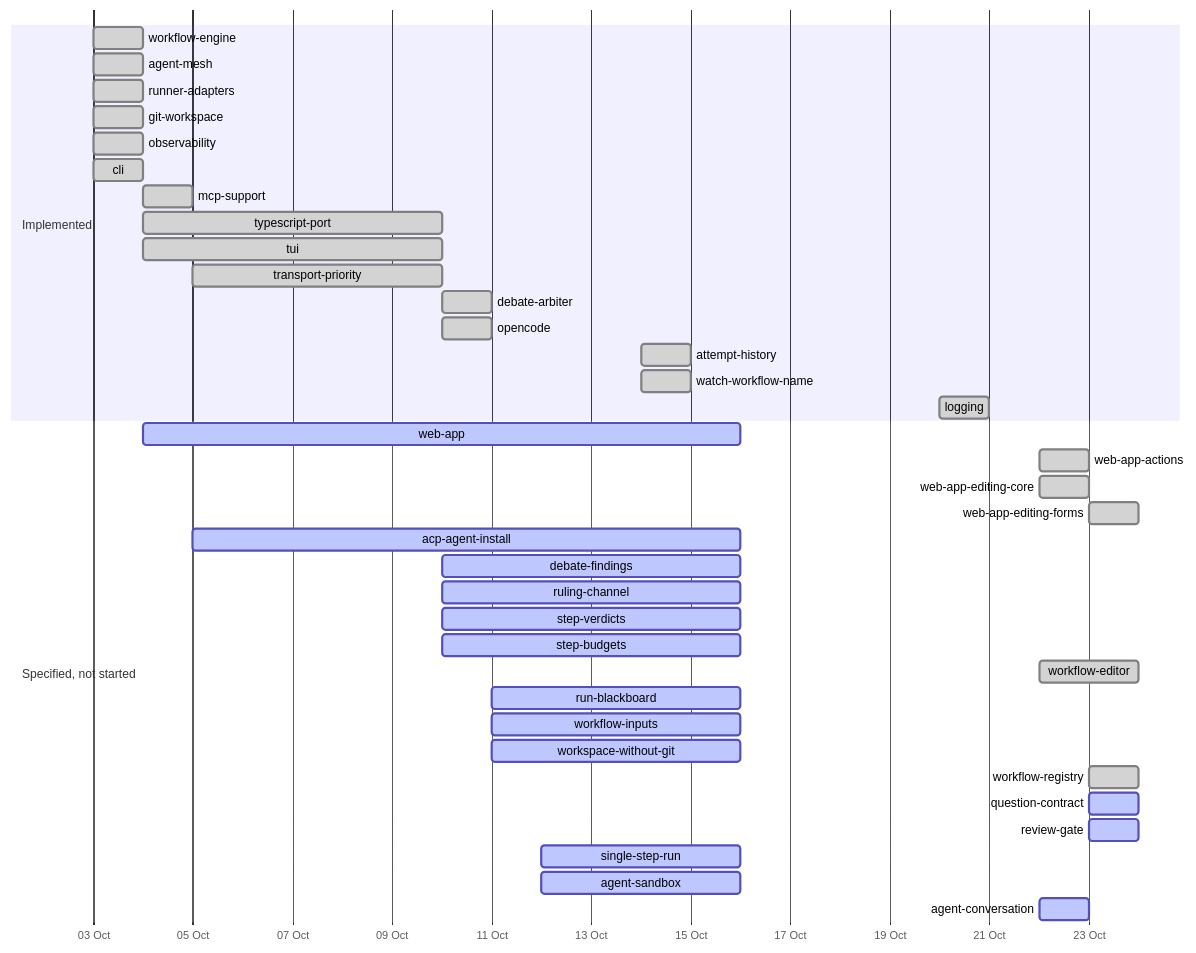
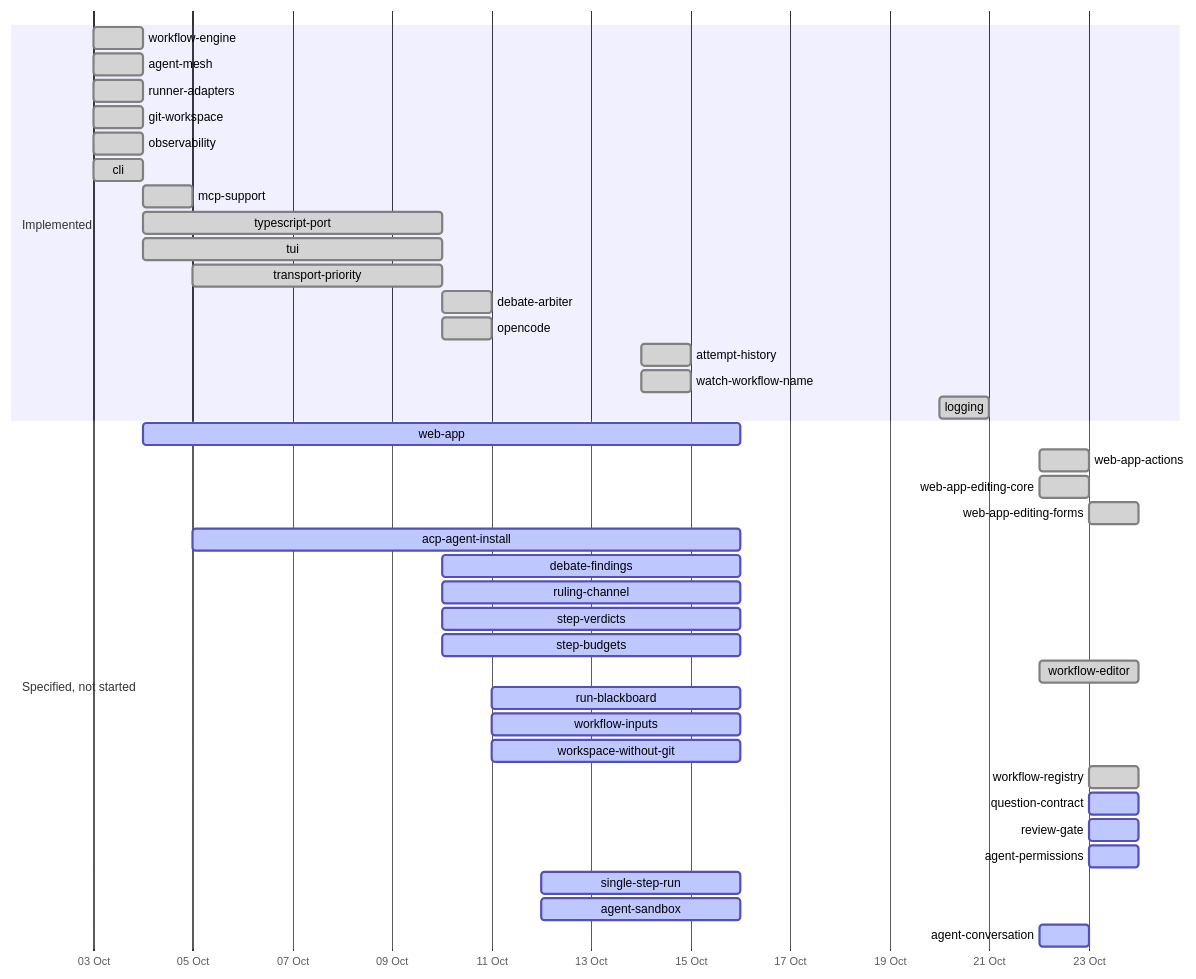
Before and after one commit to yaotzin1/indaba: the second of 2 diagrams in specs/DEPENDENCY_MAP.md, drawn with Mermaid. The commit also changed other lines of this file and 4 other files, not shown here.

First line of the commit message:
docs(specs): specify agent permissions, the level an author gives an agent (#74)

````diff
--- a/specs/DEPENDENCY_MAP.md
+++ b/specs/DEPENDENCY_MAP.md
@@ -71,41 +71,42 @@
 ```mermaid
 gantt
     dateFormat YYYY-MM-DD
     axisFormat %d %b
     section Implemented
     workflow-engine        :done, 2026-10-03, 2026-10-04
     agent-mesh             :done, 2026-10-03, 2026-10-04
     runner-adapters        :done, 2026-10-03, 2026-10-04
     git-workspace          :done, 2026-10-03, 2026-10-04
     observability          :done, 2026-10-03, 2026-10-04
     cli                    :done, 2026-10-03, 2026-10-04
     mcp-support            :done, 2026-10-04, 1d
     typescript-port        :done, 2026-10-04, 2026-10-10
     tui                    :done, 2026-10-04, 2026-10-10
     transport-priority     :done, 2026-10-05, 2026-10-10
     debate-arbiter         :done, 2026-10-10, 1d
     opencode               :done, 2026-10-10, 1d
     attempt-history        :done, 2026-10-14, 1d
     watch-workflow-name    :done, 2026-10-14, 1d
     logging                :done, 2026-10-20, 2026-10-21
     section Specified, not started
     web-app                :active, 2026-10-04, 2026-10-16
     web-app-actions        :done, 2026-10-22, 1d
     web-app-editing-core   :done, 2026-10-22, 1d
     web-app-editing-forms  :done, 2026-10-23, 1d
     acp-agent-install      :active, 2026-10-05, 2026-10-16
     debate-findings        :active, 2026-10-10, 2026-10-16
     ruling-channel         :active, 2026-10-10, 2026-10-16
     step-verdicts          :active, 2026-10-10, 2026-10-16
     step-budgets           :active, 2026-10-10, 2026-10-16
     workflow-editor        :done, 2026-10-22, 2d
     run-blackboard         :active, 2026-10-11, 2026-10-16
     workflow-inputs        :active, 2026-10-11, 2026-10-16
     workspace-without-git  :active, 2026-10-11, 2026-10-16
     workflow-registry      :done, 2026-10-23, 1d
     question-contract      :active, 2026-10-23, 2026-10-24
     review-gate            :active, 2026-10-23, 2026-10-24
+    agent-permissions      :active, 2026-10-23, 2026-10-24
     single-step-run        :active, 2026-10-12, 2026-10-16
     agent-sandbox          :active, 2026-10-12, 2026-10-16
     agent-conversation     :active, 2026-10-22, 2026-10-23
 ```
````
